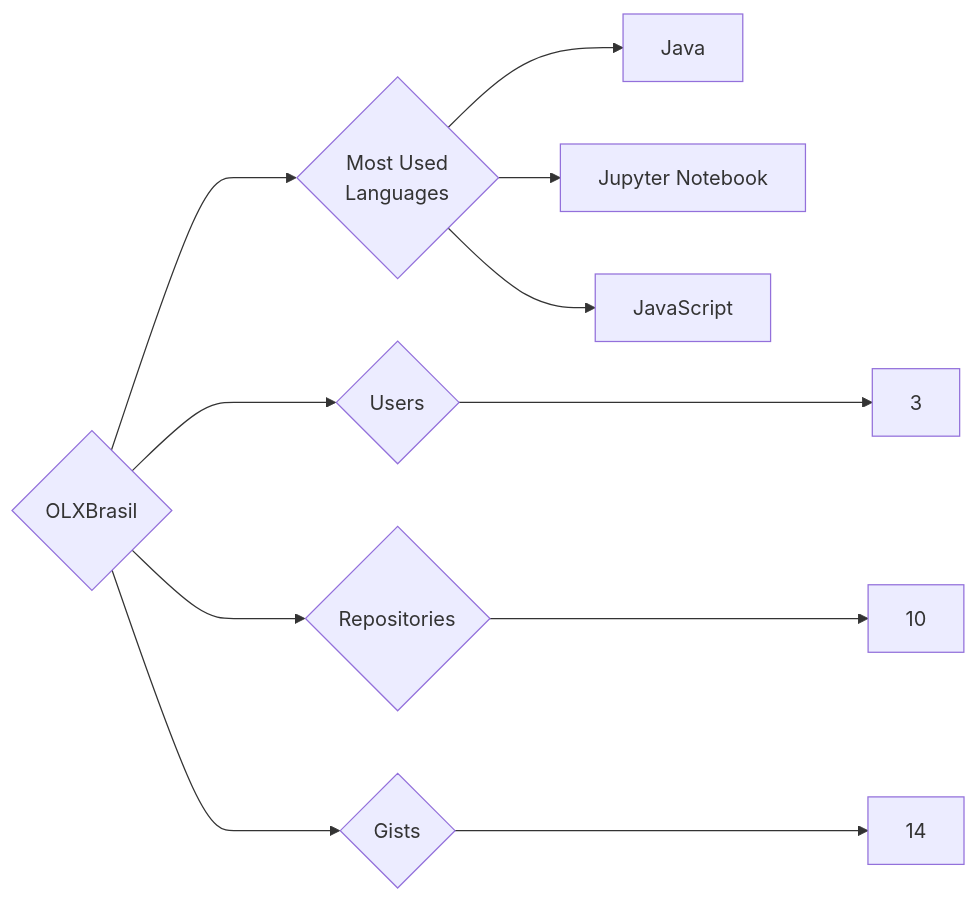
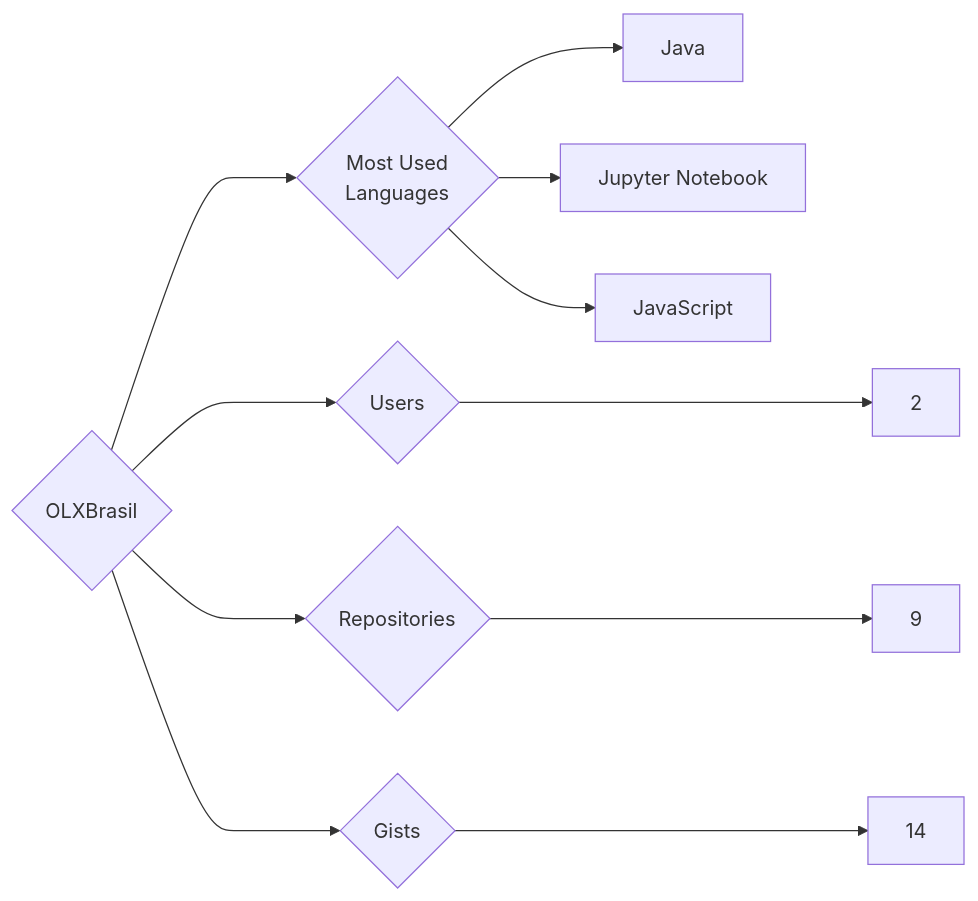
The diagram in targets/OLXBrasil/README.md (trickest/insiders), drawn with Mermaid before and after one commit. The commit also changed 1508 other files, not shown here.

````diff
--- a/targets/OLXBrasil/README.md
+++ b/targets/OLXBrasil/README.md
@@ -3,11 +3,11 @@
 ```mermaid
 graph LR
 COMPANY_NAME{OLXBrasil}
-COMPANY_NAME ---> U{Users} ---> UN[3]
-COMPANY_NAME ---> R{Repositories} ---> RN[10]
+COMPANY_NAME ---> U{Users} ---> UN[2]
+COMPANY_NAME ---> R{Repositories} ---> RN[9]
 COMPANY_NAME ---> G{Gists} ---> GN[14]
 COMPANY_NAME ---> ML{Most Used<br>Languages}
 ML --> Java[Java]
 ML --> Jupyter_Notebook[Jupyter Notebook]
 ML --> JavaScript[JavaScript]
 ```
````
